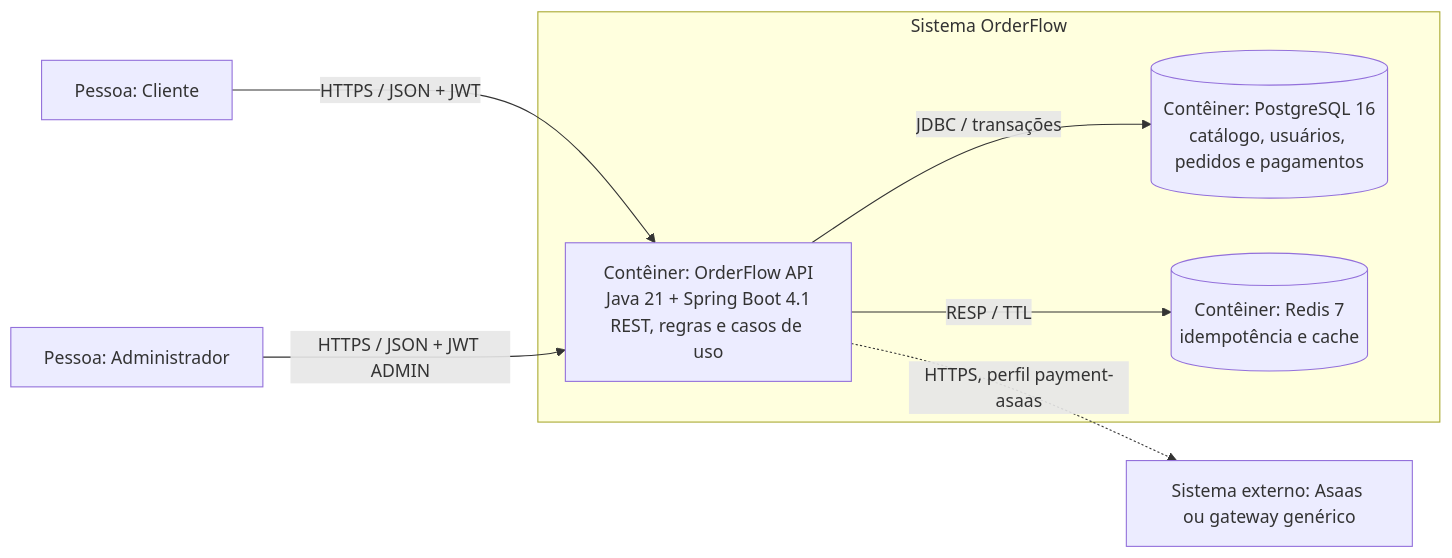
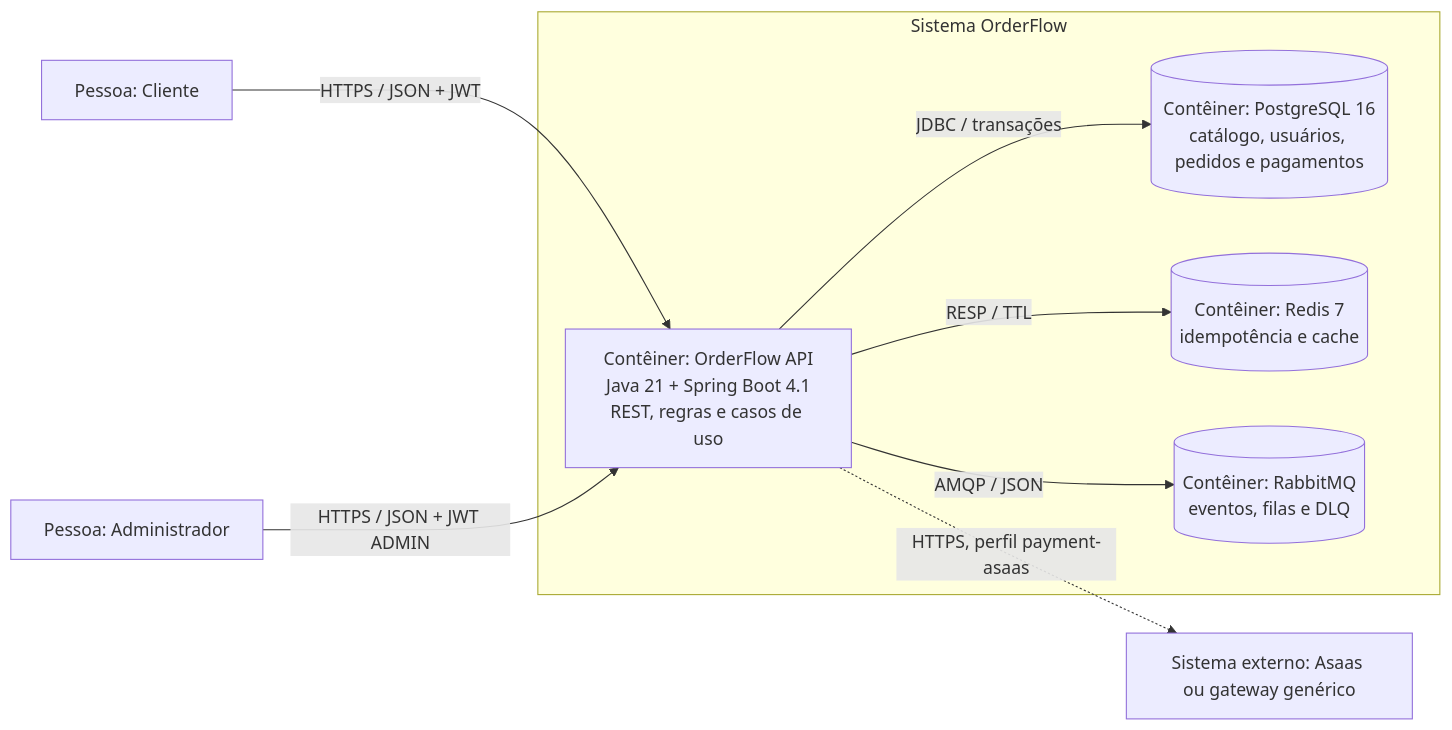
The diagram in README.md (OliveiratheDev/order-flow), drawn with Mermaid before and after one commit. The commit also changed other lines of this file and 3 other files, not shown here.

Commit message:
docs: documenta operação do RabbitMQ e da DLQ

````diff
--- a/README.md
+++ b/README.md
@@ -56,18 +58,20 @@
 ```mermaid
 flowchart LR
     customer["Pessoa: Cliente"]
     admin["Pessoa: Administrador"]
     gateway["Sistema externo: Asaas ou gateway genérico"]
 
     subgraph boundary["Sistema OrderFlow"]
         api["Contêiner: OrderFlow API<br/>Java 21 + Spring Boot 4.1<br/>REST, regras e casos de uso"]
         postgres[("Contêiner: PostgreSQL 16<br/>catálogo, usuários, pedidos e pagamentos")]
         redis[("Contêiner: Redis 7<br/>idempotência e cache")]
+        rabbit[("Contêiner: RabbitMQ<br/>eventos, filas e DLQ")]
     end
 
     customer -->|"HTTPS / JSON + JWT"| api
     admin -->|"HTTPS / JSON + JWT ADMIN"| api
     api -->|"JDBC / transações"| postgres
     api -->|"RESP / TTL"| redis
+    api -->|"AMQP / JSON"| rabbit
     api -.->|"HTTPS, perfil payment-asaas"| gateway
 ```
````
